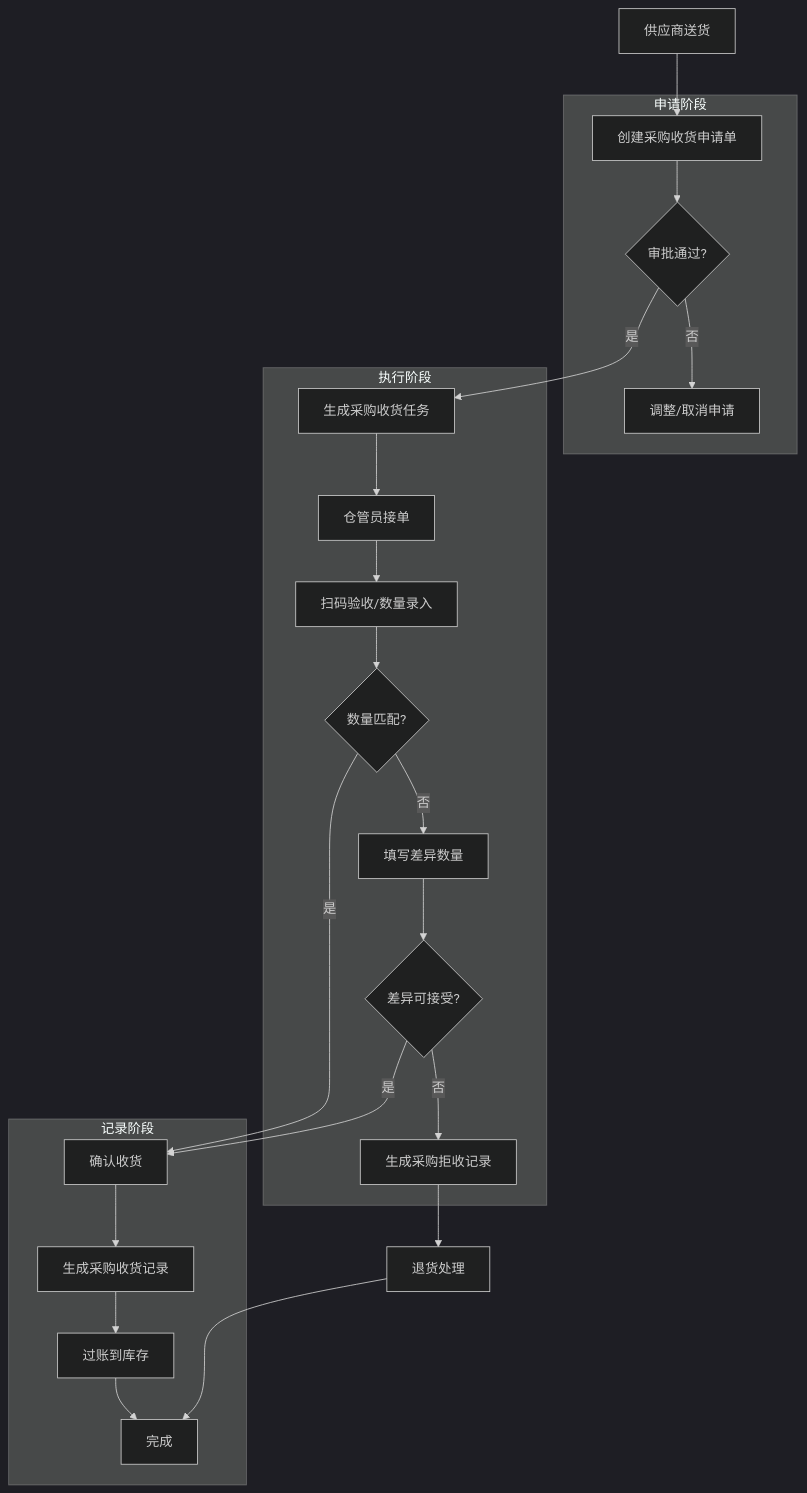
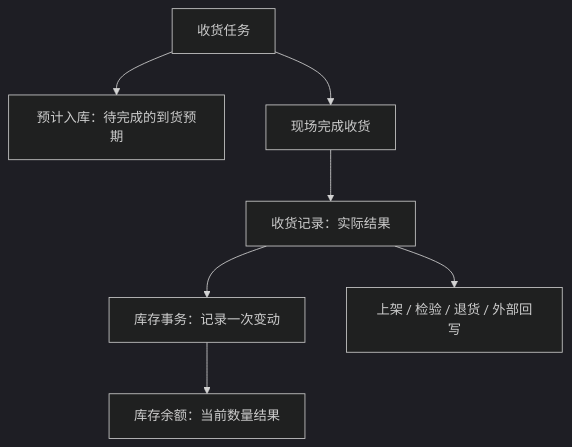
One commit to jiargcn/MomProductDocument changed the second of 2 diagrams in docs/05-WMS-库房管理/03-采购收货/index.md. Above: the diagram before and after it, drawn with Mermaid (dark theme). The commit also changed other lines of this file and 3 other files, not shown here.

````diff
--- a/docs/05-WMS-库房管理/03-采购收货/index.md
+++ b/docs/05-WMS-库房管理/03-采购收货/index.md
@@ -398,43 +102,9 @@
 ```mermaid
 flowchart TD
-    A["供应商送货"] --> B["创建采购收货申请单"]
-    B --> C{"审批通过?"}
-    C -->|否| D["调整/取消申请"]
-    C -->|是| E["生成采购收货任务"]
-    E --> F["仓管员接单"]
-    F --> G["扫码验收/数量录入"]
-    G --> H{"数量匹配?"}
-    H -->|是| I["确认收货"]
-    H -->|否| J["填写差异数量"]
-    J --> K{"差异可接受?"}
-    K -->|是| I
-    K -->|否| L["生成采购拒收记录"]
-    L --> M["退货处理"]
-    I --> N["生成采购收货记录"]
-    N --> O["过账到库存"]
-    O --> P["完成"]
-    M --> P
-
-    subgraph 申请阶段
-        B
-        C
-        D
-    end
-
-    subgraph 执行阶段
-        E
-        F
-        G
-        H
-        J
-        K
-        L
-    end
-
-    subgraph 记录阶段
-        I
-        N
-        O
-        P
-    end
+    A["收货任务"] --> B["预计入库：待完成的到货预期"]
+    A --> C["现场完成收货"]
+    C --> D["收货记录：实际结果"]
+    D --> E["库存事务：记录一次变动"]
+    E --> F["库存余额：当前数量结果"]
+    D --> G["上架 / 检验 / 退货 / 外部回写"]
 ```
````
